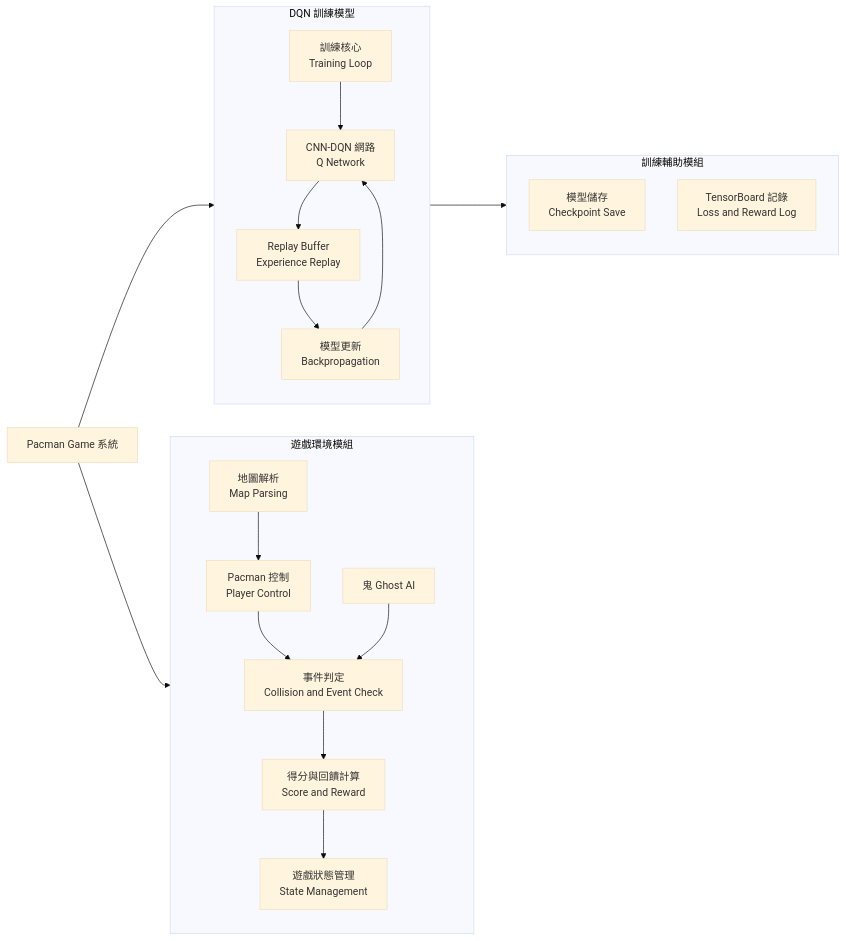
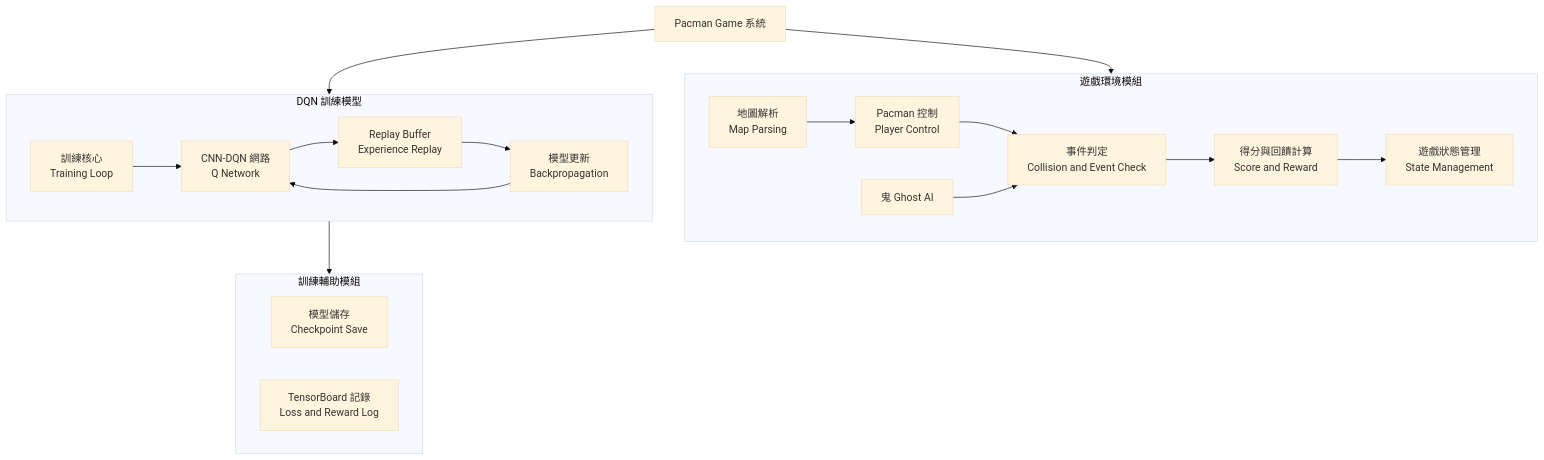
The first of 2 diagrams in README.md (yucheng384752/Pac-man-of-Machine-Learning-DQN), drawn with Mermaid (base theme) before and after one commit.

Commit message:
Fix formatting in README.md for flowchart

````diff
--- a/README.md
+++ b/README.md
@@ -23,55 +23,55 @@
 ```mermaid
-flowchart LR
+flowchart TD
 
 %% =============================
 %% Core System
 %% =============================
 A[Pacman Game 系統]
 
 %% =============================
 %% Game Environment (Left)
 %% =============================
 A --> ENV
 
 subgraph ENV[遊戲環境模組]
     E1[地圖解析<br/>Map Parsing]
     E2[Pacman 控制<br/>Player Control]
     E3[鬼 Ghost AI]
     E4[事件判定<br/>Collision and Event Check]
     E5[得分與回饋計算<br/>Score and Reward]
     E6[遊戲狀態管理<br/>State Management]
 
     E1 --> E2
     E2 --> E4
     E3 --> E4
     E4 --> E5
     E5 --> E6
 end
 
 %% =============================
 %% DQN Training Model (Right)
 %% =============================
 A --> DQN
 
 subgraph DQN[DQN 訓練模型]
     D1[訓練核心<br/>Training Loop]
     D2[CNN-DQN 網路<br/>Q Network]
     D3[Replay Buffer<br/>Experience Replay]
     D4[模型更新<br/>Backpropagation]
 
     D1 --> D2
     D2 --> D3
     D3 --> D4
     D4 --> D2
 end
 
 %% =============================
 %% Training Utilities (Far Right)
 %% =============================
 DQN --> UTIL
 
 subgraph UTIL[訓練輔助模組]
     U1[模型儲存<br/>Checkpoint Save]
     U2[TensorBoard 記錄<br/>Loss and Reward Log]
 end
 ```
````
